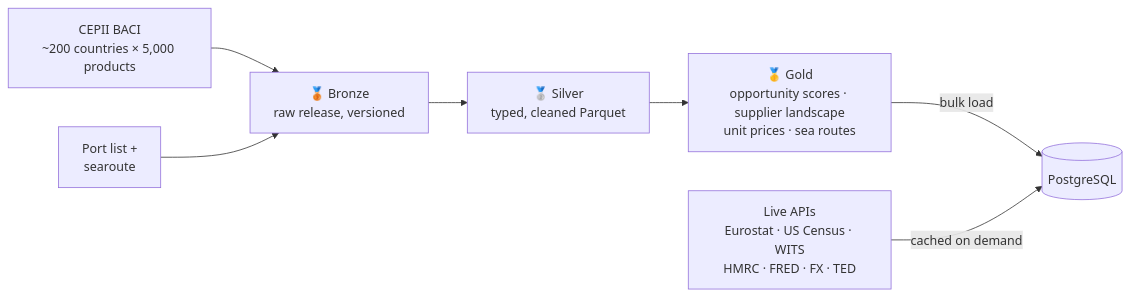
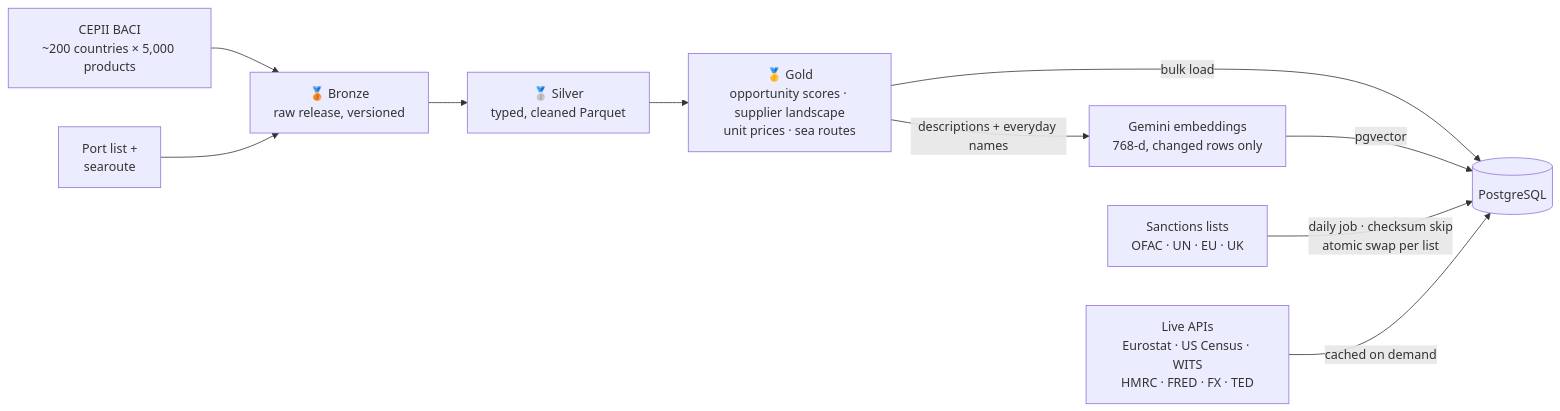
The first of 5 diagrams in README.md (IzzatShahGit/whitespace), drawn with Mermaid before and after one commit. The commit also changed other lines of this file, not shown here.

````diff
--- a/README.md
+++ b/README.md
@@ -48,9 +50,12 @@
 ```mermaid
 flowchart LR
     S1[CEPII BACI<br/>~200 countries × 5,000 products] --> BR
     S2[Port list +<br/>searoute] --> BR
     BR[🥉 Bronze<br/>raw release, versioned] --> SI[🥈 Silver<br/>typed, cleaned Parquet]
     SI --> GO[🥇 Gold<br/>opportunity scores · supplier landscape<br/>unit prices · sea routes]
     GO -->|bulk load| PG[(PostgreSQL)]
+    GO -->|descriptions + everyday names| EM[Gemini embeddings<br/>768-d, changed rows only]
+    EM -->|pgvector| PG
+    S3[Sanctions lists<br/>OFAC · UN · EU · UK] -->|daily job · checksum skip<br/>atomic swap per list| PG
     L1[Live APIs<br/>Eurostat · US Census · WITS<br/>HMRC · FRED · FX · TED] -->|cached on demand| PG
 ```
````
